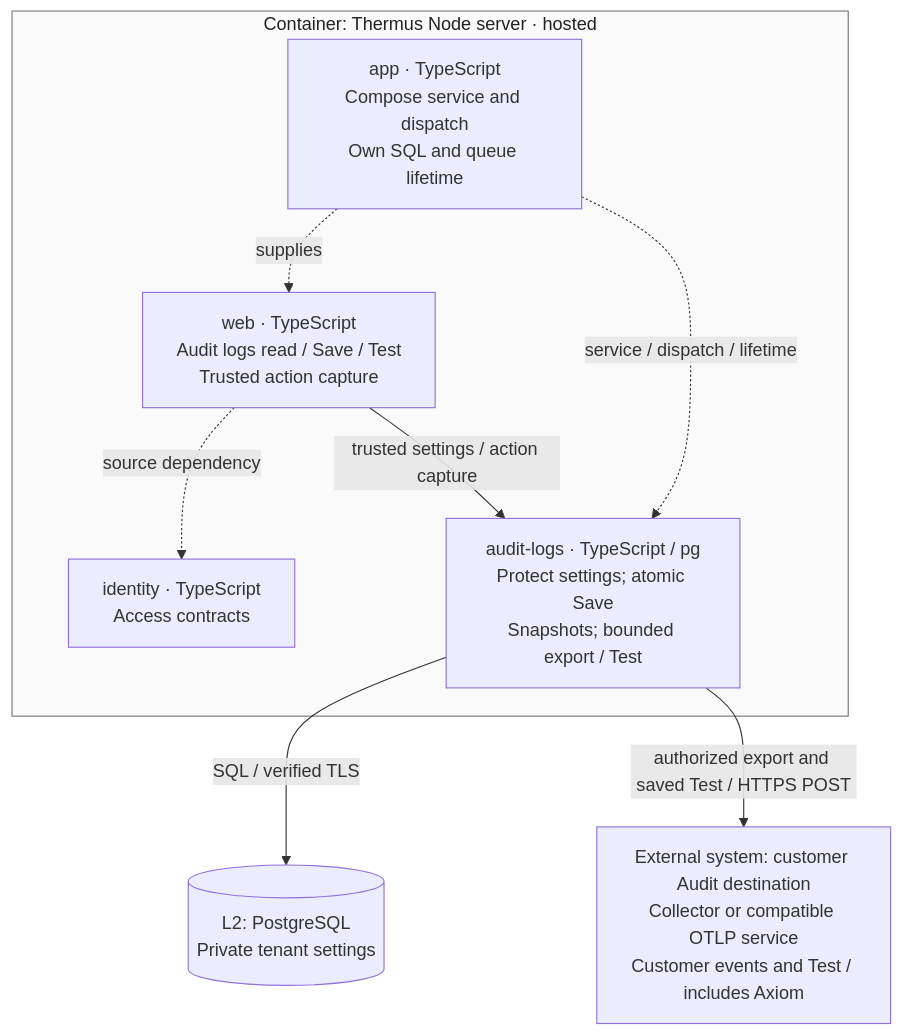
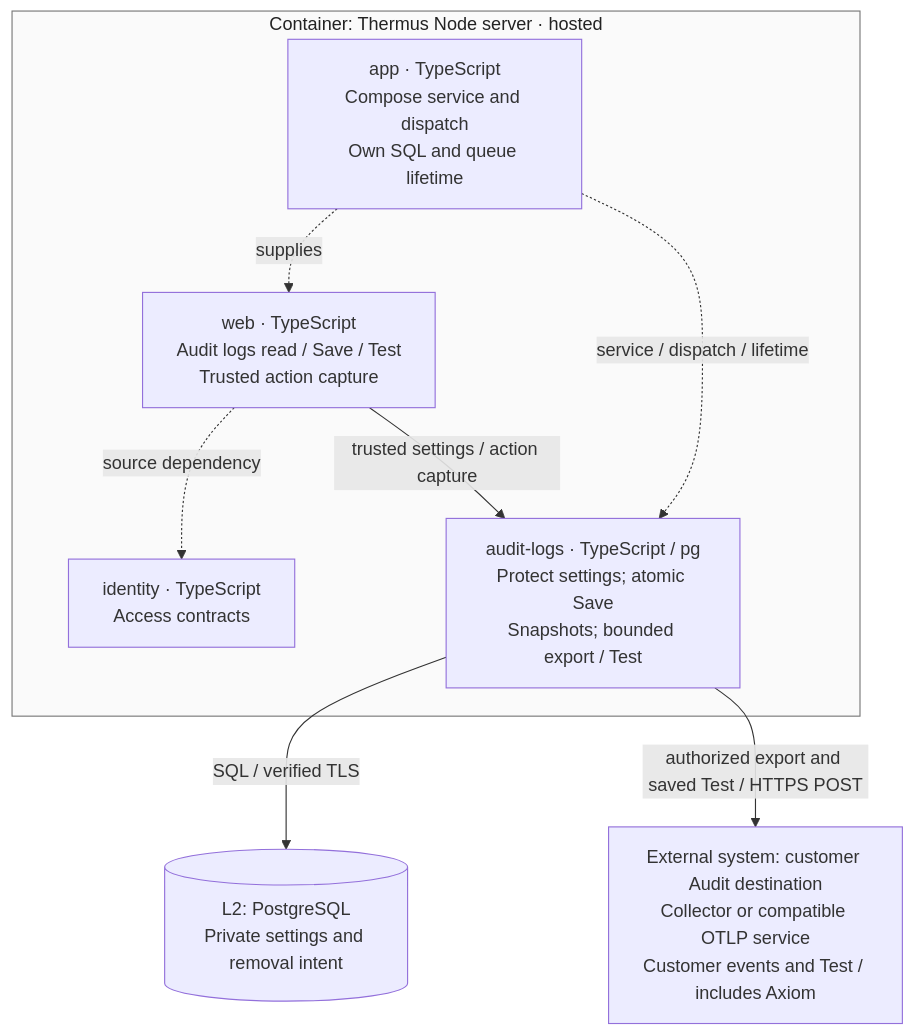
Before and after one commit to tomer-mayara/Thermus: the seventh of 15 diagrams in architecture/components.md, drawn with Mermaid. The commit also changed other lines of this file and 40 other files, not shown here.

````diff
--- a/architecture/components.md
+++ b/architecture/components.md
@@ -250,18 +329,18 @@
 ```mermaid
 flowchart TB
   subgraph storage_server["Container: Thermus Node server · hosted"]
     storage_app["app · TypeScript<br/>Compose service and dispatch<br/>Own SQL and queue lifetime"]
     storage_web["web · TypeScript<br/>Audit logs read / Save / Test<br/>Trusted action capture"]
     storage_identity["identity · TypeScript<br/>Access contracts"]
     storage_logging["audit-logs · TypeScript / pg<br/>Protect settings; atomic Save<br/>Snapshots; bounded export / Test"]
   end
-  storage_data[("L2: PostgreSQL<br/>Private tenant settings")]
+  storage_data[("L2: PostgreSQL<br/>Private settings and removal intent")]
   storage_collector["External system: customer Audit destination<br/>Collector or compatible OTLP service<br/>Customer events and Test / includes Axiom"]
   storage_app -.->|supplies| storage_web
   storage_app -.->|service / dispatch / lifetime| storage_logging
   storage_web -.->|source dependency| storage_identity
   storage_web -->|trusted settings / action capture| storage_logging
   storage_logging -->|SQL / verified TLS| storage_data
   storage_logging -->|authorized export and saved Test / HTTPS POST| storage_collector
   style storage_server fill:#fafafa,stroke:#777777,color:#222
 ```
````
